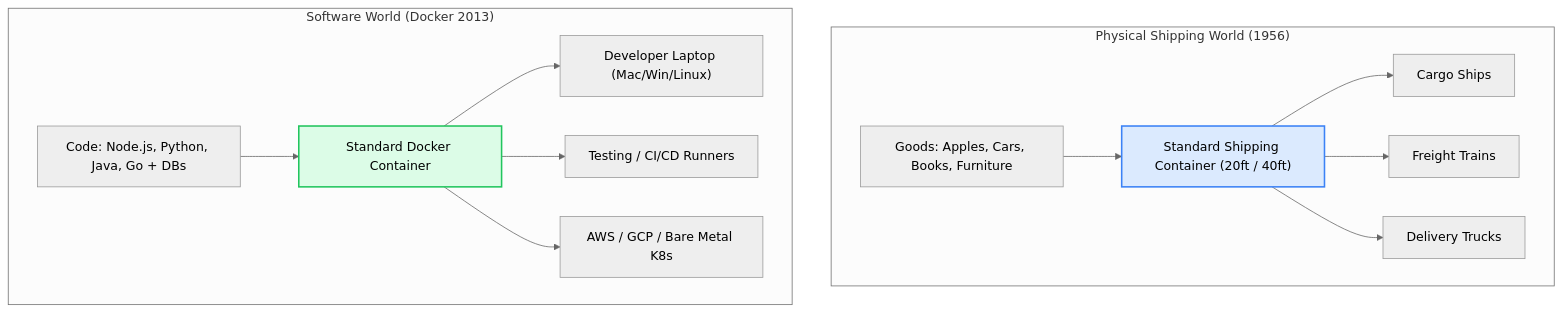
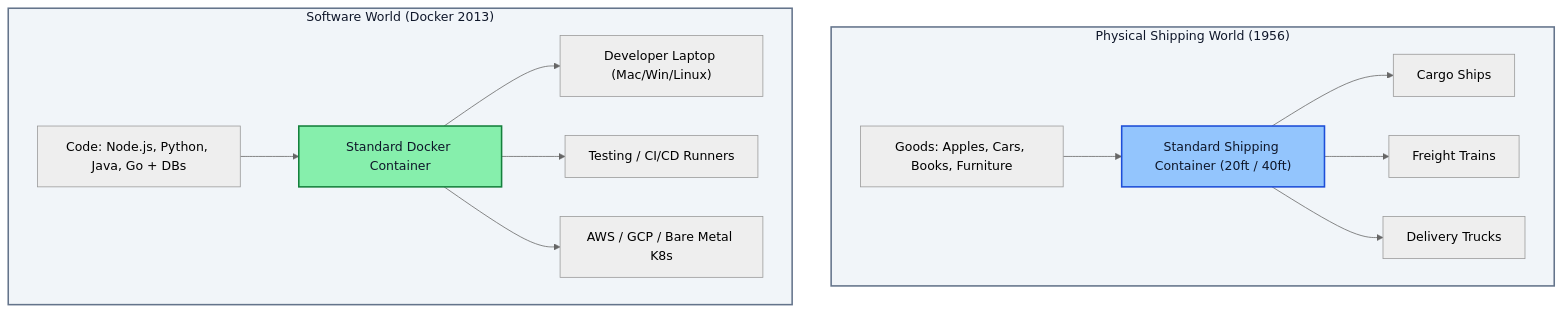
One commit to PandeyKishan/Study-Notes changed the second of 7 diagrams in 01-Docker/01-Core-Concepts-and-Architecture.md. Above: the diagram before and after it, drawn with Mermaid (neutral theme). The commit also changed other lines of this file and 22 other files, not shown here.

Commit message:
docs: enhance diagram visibility with high-contrast palette and add concise book definitions

````diff
--- a/01-Docker/01-Core-Concepts-and-Architecture.md
+++ b/01-Docker/01-Core-Concepts-and-Architecture.md
@@ -49,19 +49,21 @@
 ```mermaid
 flowchart TD
     subgraph Real_World["Physical Shipping World (1956)"]
         Goods["Goods: Apples, Cars, Books, Furniture"] --> Box["Standard Shipping Container (20ft / 40ft)"]
         Box --> Ship["Cargo Ships"]
         Box --> Train["Freight Trains"]
         Box --> Truck["Delivery Trucks"]
     end
 
     subgraph Software_World["Software World (Docker 2013)"]
         Code["Code: Node.js, Python, Java, Go + DBs"] --> DCont["Standard Docker Container"]
         DCont --> Local["Developer Laptop (Mac/Win/Linux)"]
         DCont --> Test["Testing / CI/CD Runners"]
         DCont --> Cloud["AWS / GCP / Bare Metal K8s"]
     end
 
-    style Box fill:#dbeafe,stroke:#3b82f6,stroke-width:2px
-    style DCont fill:#dcfce7,stroke:#22c55e,stroke-width:2px
+    style Box fill:#93c5fd,stroke:#1d4ed8,stroke-width:2px,color:#0f172a
+    style DCont fill:#86efac,stroke:#15803d,stroke-width:2px,color:#0f172a
+    style Real_World fill:#f1f5f9,stroke:#64748b,stroke-width:2px,color:#0f172a
+    style Software_World fill:#f1f5f9,stroke:#64748b,stroke-width:2px,color:#0f172a
 ```
````
